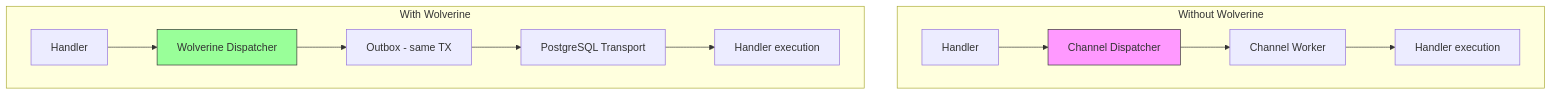
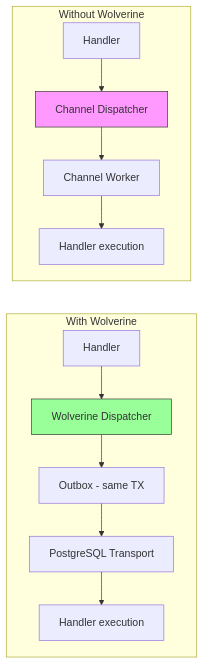
One commit to granit-fx/granit-dotnet changed the diagram in docs-site/src/content/docs/dotnet/concepts/wolverine-optionality.mdx. Above: the diagram before and after it, drawn with Mermaid. The commit also changed other lines of this file and 53 other files, not shown here.

````diff
--- a/docs-site/src/content/docs/dotnet/concepts/wolverine-optionality.mdx
+++ b/docs-site/src/content/docs/dotnet/concepts/wolverine-optionality.mdx
@@ -129,18 +188,20 @@
 ```mermaid
 graph TD
-    subgraph "Without Wolverine"
+    subgraph top["Without Wolverine"]
         H1[Handler] --> CD[Channel Dispatcher]
         CD --> CW[Channel Worker]
         CW --> H2[Handler execution]
     end
 
-    subgraph "With Wolverine"
+    H2 ~~~ H3
+
+    subgraph bot["With Wolverine"]
         H3[Handler] --> WD[Wolverine Dispatcher]
         WD --> OB[Outbox - same TX]
         OB --> TR[PostgreSQL Transport]
         TR --> H4[Handler execution]
     end
 
     style CD fill:#f9f,stroke:#333
     style WD fill:#9f9,stroke:#333
 ```
````
